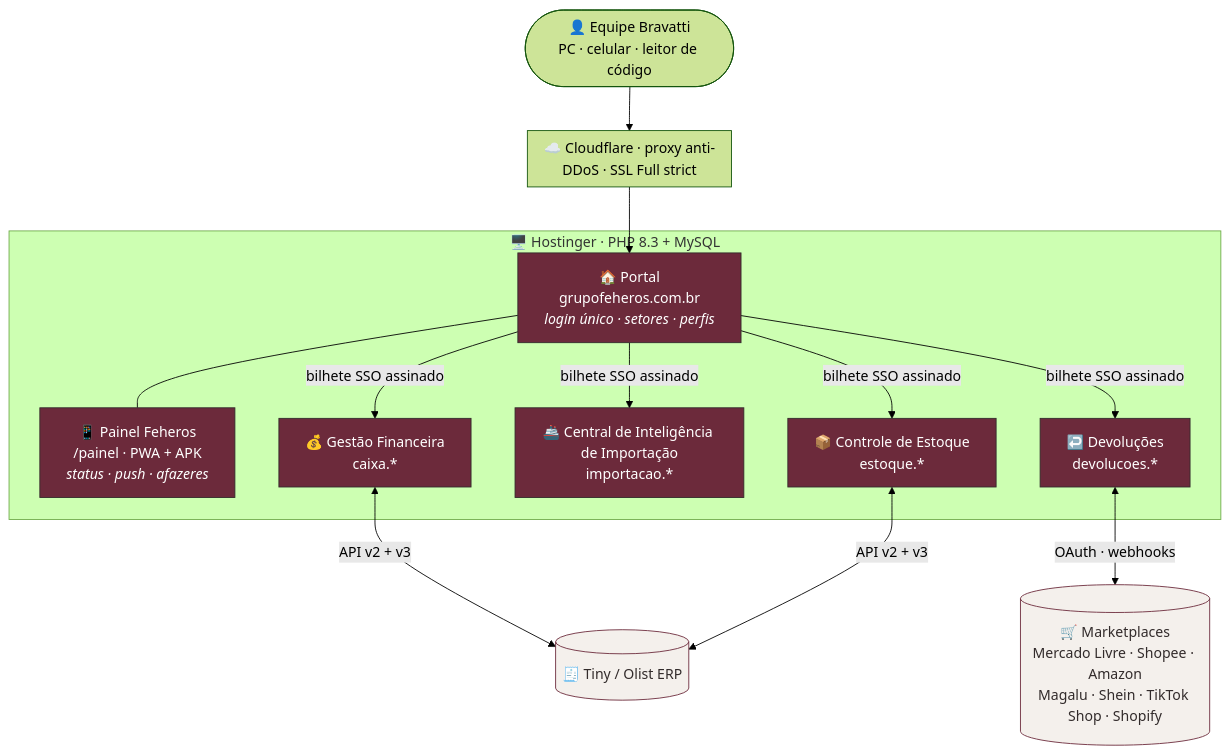
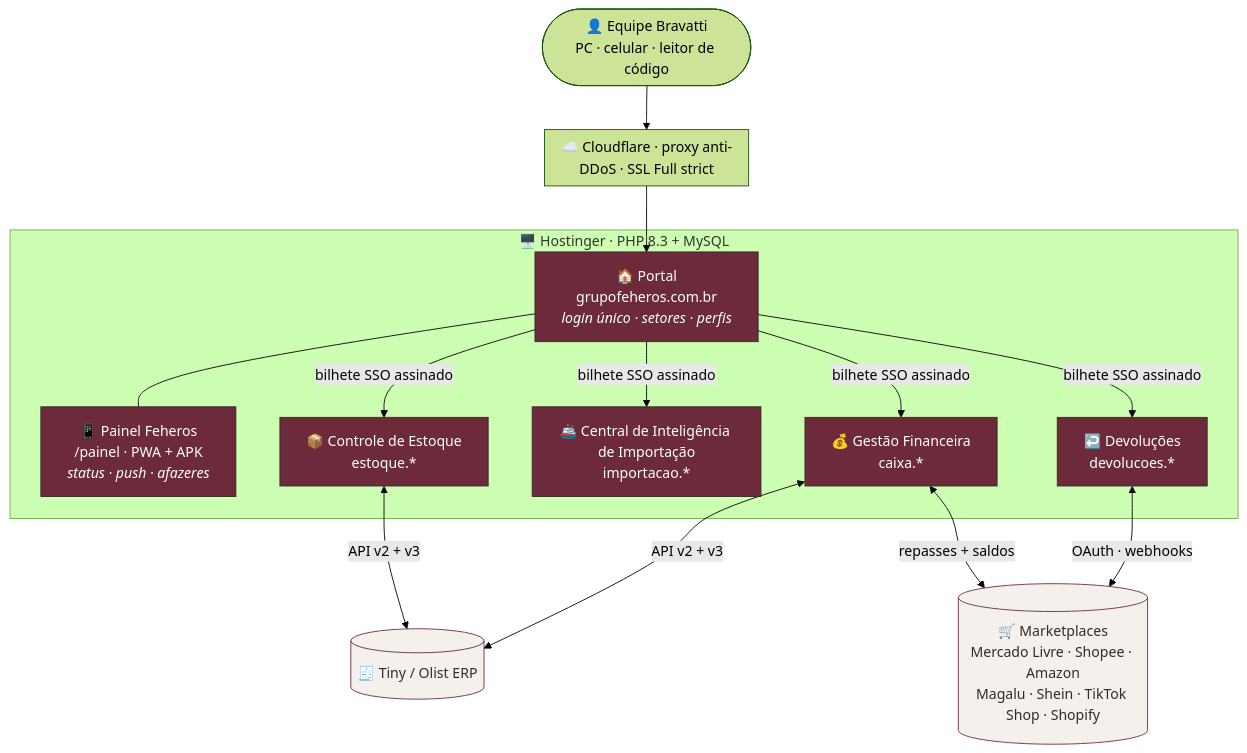
Before and after one commit to Grupo-Feheros/.github: the first of 6 diagrams in profile/README.md, drawn with Mermaid (forest theme). The commit also changed other lines of this file, not shown here.

Commit message:
README: marketplaces na Gestão Financeira (repasses e saldos) e cron do Caixa a cada 10 min

````diff
--- a/profile/README.md
+++ b/profile/README.md
@@ -21,30 +21,31 @@
 ```mermaid
 flowchart TB
     U([👤 Equipe Bravatti<br/>PC · celular · leitor de código]) --> CF
 
     subgraph CF[☁️ Cloudflare · proxy anti-DDoS · SSL Full strict]
     end
 
     CF --> P
 
     subgraph H[🖥️ Hostinger · PHP 8.3 + MySQL]
         P[🏠 Portal<br/>grupofeheros.com.br<br/><i>login único · setores · perfis</i>]
         PN[📱 Painel Feheros<br/>/painel · PWA + APK<br/><i>status · push · afazeres</i>]
         GF[💰 Gestão Financeira<br/>caixa.*]
         IM[🚢 Central de Inteligência de Importação<br/>importacao.*]
         ES[📦 Controle de Estoque<br/>estoque.*]
         DV[↩️ Devoluções<br/>devolucoes.*]
     end
 
     P -- bilhete SSO assinado --> GF & IM & ES & DV
     P --- PN
 
     GF <-- API v2 + v3 --> TINY[(🧾 Tiny / Olist ERP)]
     ES <-- API v2 + v3 --> TINY
     DV <-- OAuth · webhooks --> MK[(🛒 Marketplaces<br/>Mercado Livre · Shopee · Amazon<br/>Magalu · Shein · TikTok Shop · Shopify)]
+    GF <-- repasses + saldos --> MK
 
     classDef sis fill:#6c2a3b,color:#fff,stroke:#322b2b
     classDef ext fill:#f4f0ec,color:#322b2b,stroke:#6c2a3b
     class P,PN,GF,IM,ES,DV sis
     class TINY,MK ext
 ```
````
